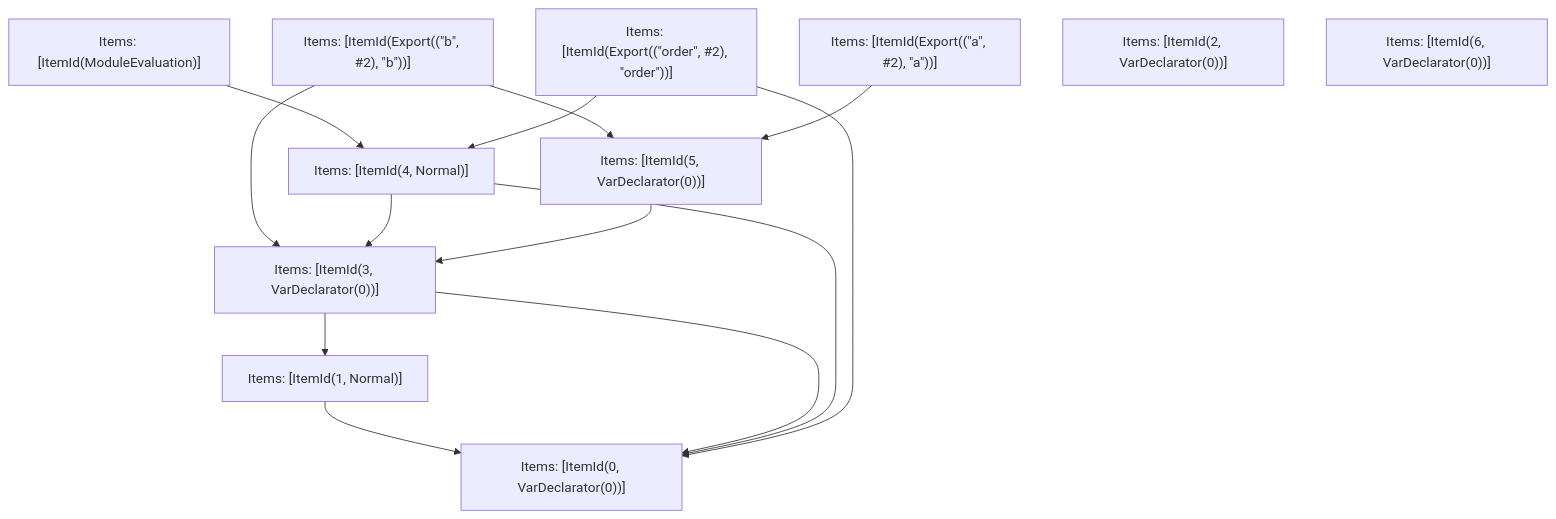
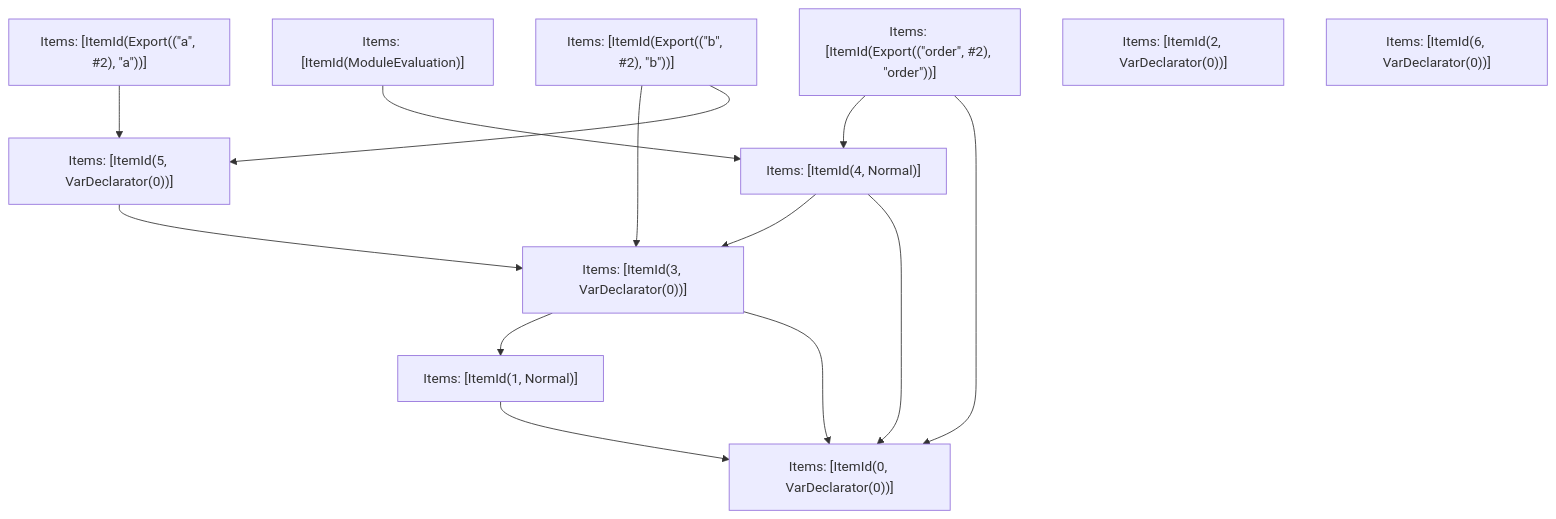
Before and after one commit to Sonar-UX-Testing-FreePlan/next.js: the fifth of 5 diagrams in turbopack/crates/turbopack-ecmascript/tests/tree-shaker/analyzer/shared-2/output.md, drawn with Mermaid. The commit also changed other lines of this file and 30 other files, not shown here.

````diff
--- a/turbopack/crates/turbopack-ecmascript/tests/tree-shaker/analyzer/shared-2/output.md
+++ b/turbopack/crates/turbopack-ecmascript/tests/tree-shaker/analyzer/shared-2/output.md
@@ -211,26 +211,26 @@
 ```mermaid
 graph TD
     N0["Items: [ItemId(ModuleEvaluation)]"];
     N1["Items: [ItemId(Export((&quot;a&quot;, #2), &quot;a&quot;))]"];
     N2["Items: [ItemId(Export((&quot;b&quot;, #2), &quot;b&quot;))]"];
     N3["Items: [ItemId(Export((&quot;order&quot;, #2), &quot;order&quot;))]"];
     N4["Items: [ItemId(0, VarDeclarator(0))]"];
     N5["Items: [ItemId(1, Normal)]"];
     N6["Items: [ItemId(3, VarDeclarator(0))]"];
     N7["Items: [ItemId(4, Normal)]"];
     N8["Items: [ItemId(5, VarDeclarator(0))]"];
     N9["Items: [ItemId(2, VarDeclarator(0))]"];
     N10["Items: [ItemId(6, VarDeclarator(0))]"];
     N5 --> N4;
-    N2 --> N8;
-    N2 --> N6;
+    N0 --> N7;
     N6 --> N5;
     N6 --> N4;
     N7 --> N6;
     N7 --> N4;
     N8 --> N6;
-    N0 --> N7;
+    N2 --> N6;
+    N2 --> N8;
     N3 --> N7;
     N3 --> N4;
     N1 --> N8;
 ```
````
